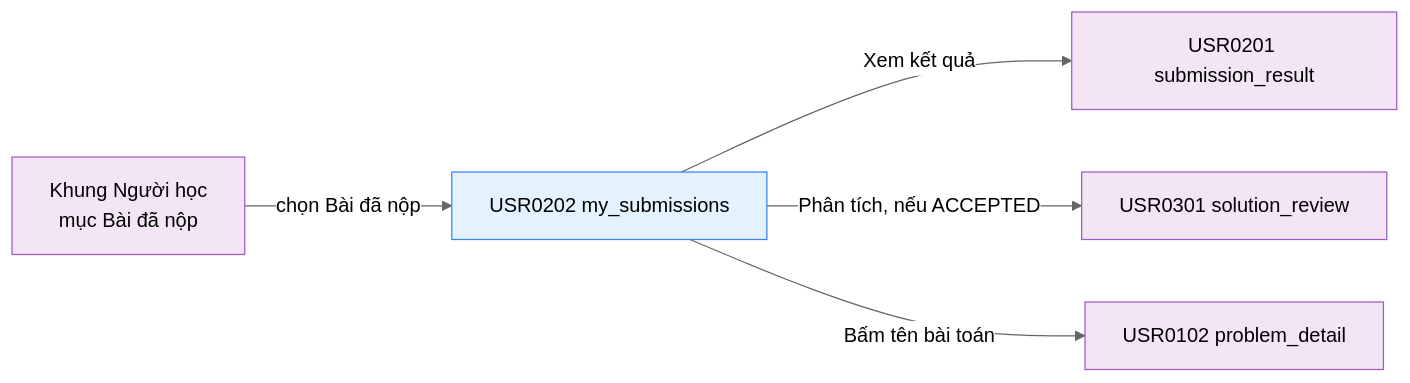
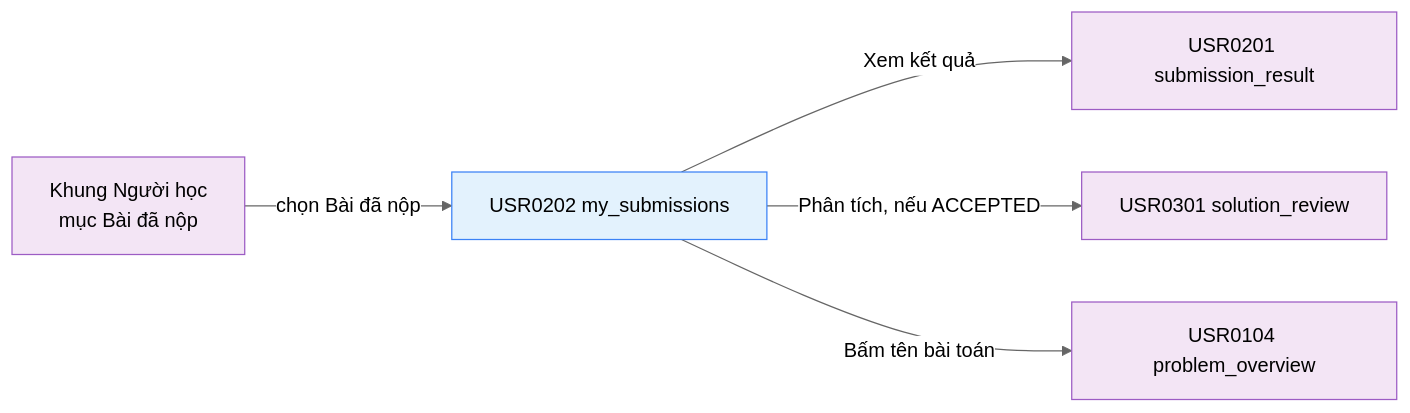
Before and after one commit to daiphu1801/PRJ_ALGOPREP: the diagram in 02-bd/screens/users/USR0202_my_submissions.md, drawn with Mermaid (neutral theme). The commit also changed other lines of this file and 290 other files, not shown here.

````diff
--- a/02-bd/screens/users/USR0202_my_submissions.md
+++ b/02-bd/screens/users/USR0202_my_submissions.md
@@ -151,13 +153,13 @@
 ```mermaid
 flowchart LR
     SHELL["Khung Người học<br/>mục Bài đã nộp"] -->|"chọn Bài đã nộp"| MS["USR0202 my_submissions"]
     MS -->|"Xem kết quả"| SR["USR0201 submission_result"]
     MS -->|"Phân tích, nếu ACCEPTED"| SOL["USR0301 solution_review"]
-    MS -->|"Bấm tên bài toán"| PD["USR0102 problem_detail"]
+    MS -->|"Bấm tên bài toán"| PD["USR0104 problem_overview"]
 
     classDef source fill:#F3E5F5,stroke:#9C5CC4,color:#000
     classDef screen fill:#E3F2FD,stroke:#3B82F6,color:#000
 
     class SHELL,SR,SOL,PD source
     class MS screen
 ```
````
